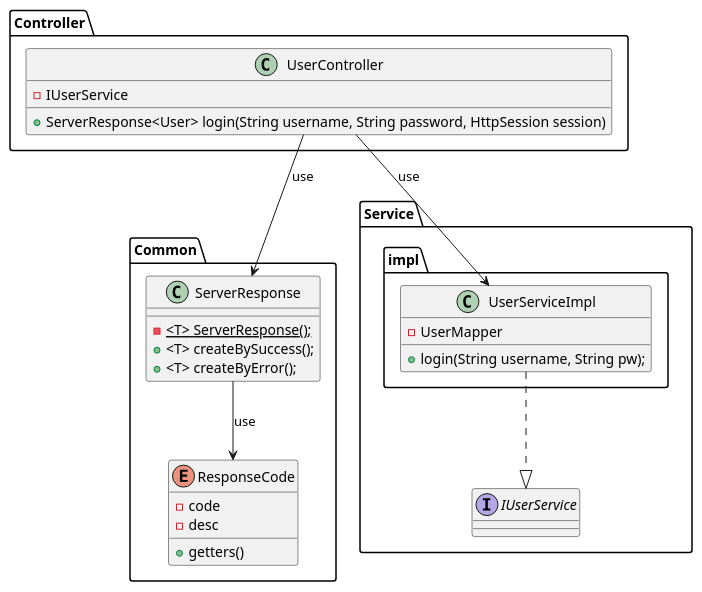
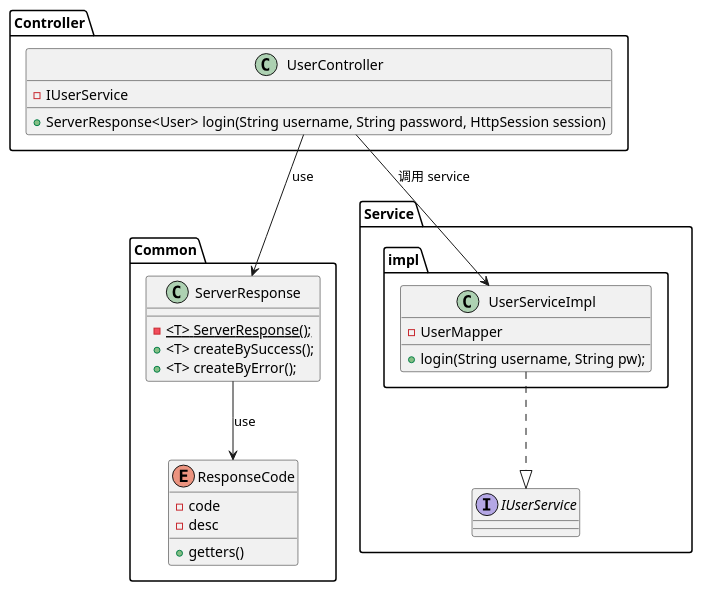
The diagram in notebook/content/project/Java电商.md (evixenon/tongluoshao), drawn with PlantUML before and after one commit. The commit also changed other lines of this file and 3 other files, not shown here.

````diff
--- a/notebook/content/project/Java电商.md
+++ b/notebook/content/project/Java电商.md
@@ -413,29 +413,29 @@
 ```plantuml
 @startuml
 Class Common.ServerResponse {
     - {static} <T> ServerResponse();
     + <T> createBySuccess();
     + <T> createByError();
 }
 Enum Common.ResponseCode {
     - code
     - desc
     + getters()
 }
 Class Service.impl.UserServiceImpl {
     - UserMapper
     + login(String username, String pw);
 }
 Interface Service.IUserService
 UserServiceImpl ..|> IUserService
 
 Class Controller.UserController {
     - IUserService
     + ServerResponse<User> login(String username, String password, HttpSession session)
 }
 
-UserController --> UserServiceImpl : use
+UserController --> UserServiceImpl : 调用 service
 UserController --> ServerResponse : use
 ServerResponse --> ResponseCode : use
 @enduml
 ```
````
